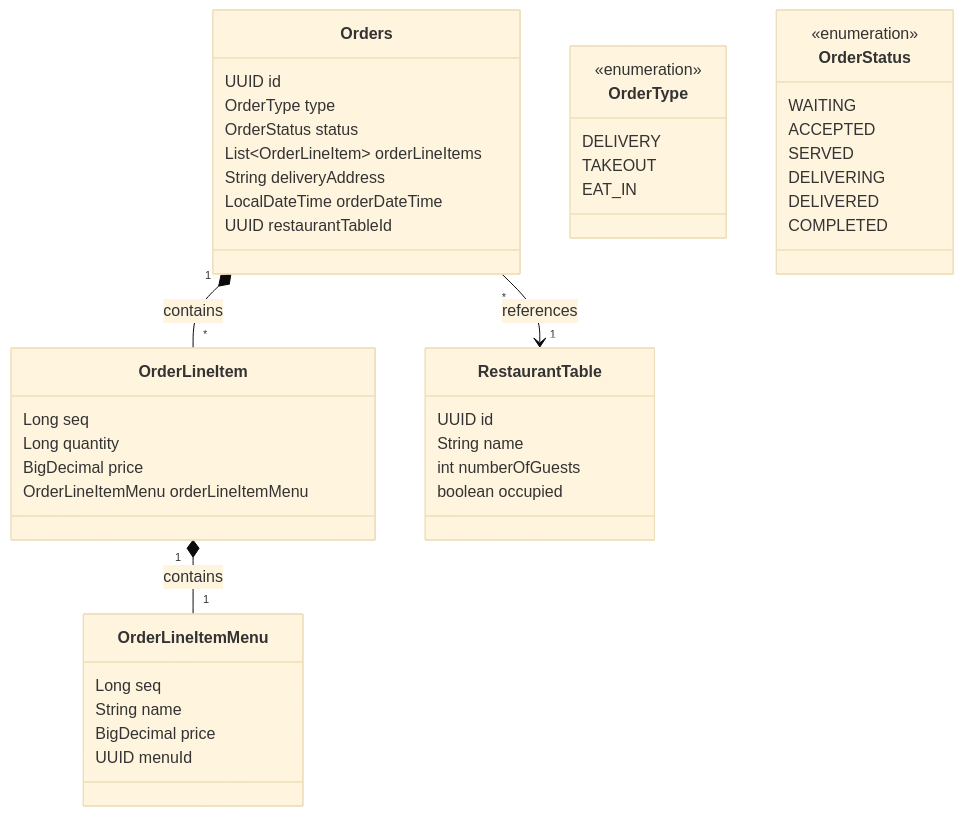
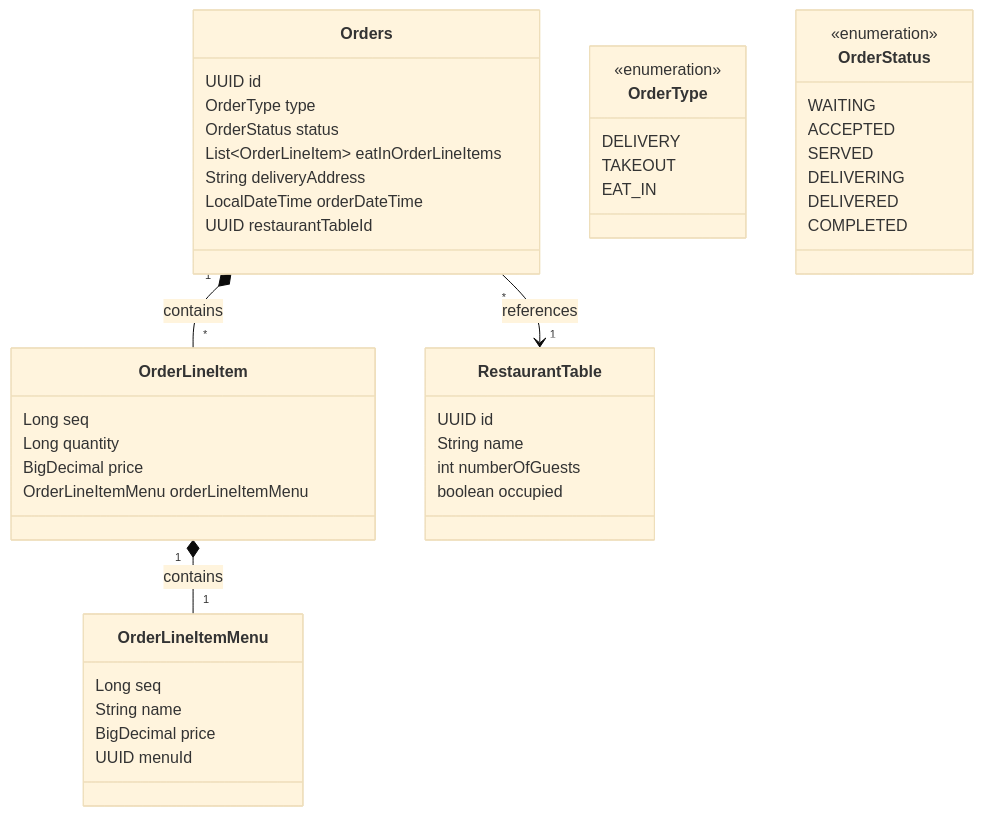
Before and after one commit to next-step/ddd-strategic-design: the eighth of 33 diagrams in README.md, drawn with Mermaid (base theme). The commit also changed 123 other files, not shown here.

````diff
--- a/README.md
+++ b/README.md
@@ -425,50 +425,50 @@
 ```mermaid
 classDiagram
     class Orders {
         UUID id
         OrderType type
         OrderStatus status
-        List~OrderLineItem~ orderLineItems
+        List~OrderLineItem~ eatInOrderLineItems
         String deliveryAddress
         LocalDateTime orderDateTime
         UUID restaurantTableId
     }
     class OrderLineItem {
         Long seq
         Long quantity
         BigDecimal price
         OrderLineItemMenu orderLineItemMenu
     }
     class OrderLineItemMenu {
         Long seq
         String name
         BigDecimal price
         UUID menuId
     }
     class RestaurantTable {
         UUID id
         String name
         int numberOfGuests
         boolean occupied
     }
     %% 열거형 정의
     class OrderType {
         <<enumeration>>
         DELIVERY
         TAKEOUT
         EAT_IN
     }
     class OrderStatus {
         <<enumeration>>
         WAITING
         ACCEPTED
         SERVED
         DELIVERING
         DELIVERED
         COMPLETED
     }
     %% 관계 정의
     Orders "*" --> "1" RestaurantTable : references
     Orders "1" *-- "*" OrderLineItem : contains
     OrderLineItem "1" *-- "1" OrderLineItemMenu : contains
 ```
````
